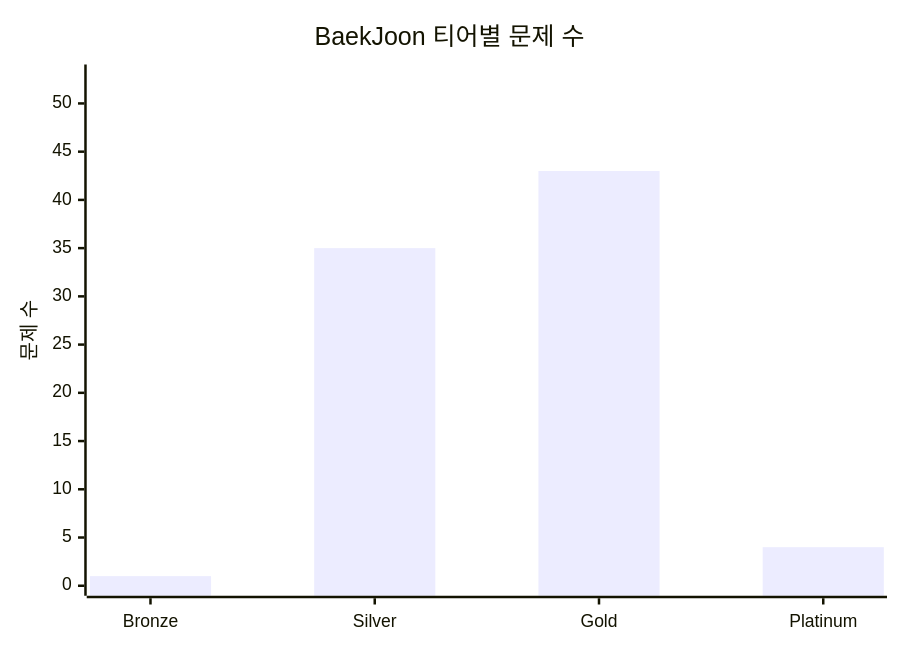
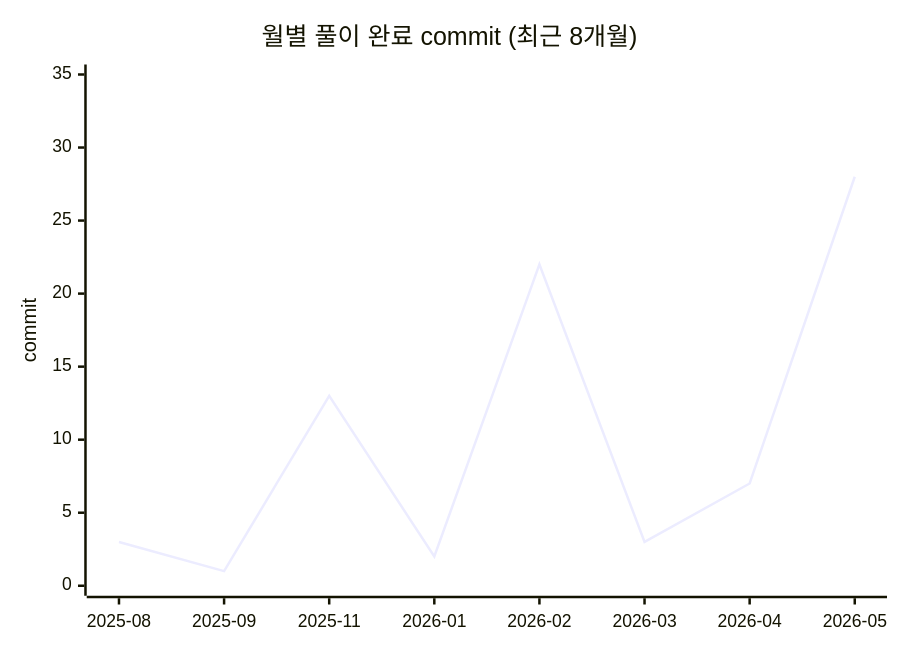
The second of 2 diagrams in readme.md (CHOOSLA/Algorithm), drawn with Mermaid before and after one commit. The commit also changed other lines of this file and 4 other files, not shown here.

````diff
--- a/readme.md
+++ b/readme.md
@@ -54,7 +60,7 @@
 ```mermaid
 xychart-beta
-  title "BaekJoon 티어별 문제 수"
-  x-axis [Bronze, Silver, Gold, Platinum]
-  y-axis "문제 수" 0 --> 53
-  bar [1, 35, 43, 4]
+  title "월별 풀이 완료 commit (최근 8개월)"
+  x-axis ["2025-08", "2025-09", "2025-11", "2026-01", "2026-02", "2026-03", "2026-04", "2026-05"]
+  y-axis "commit" 0 --> 35
+  line [3, 1, 13, 2, 22, 3, 7, 28]
 ```
````
